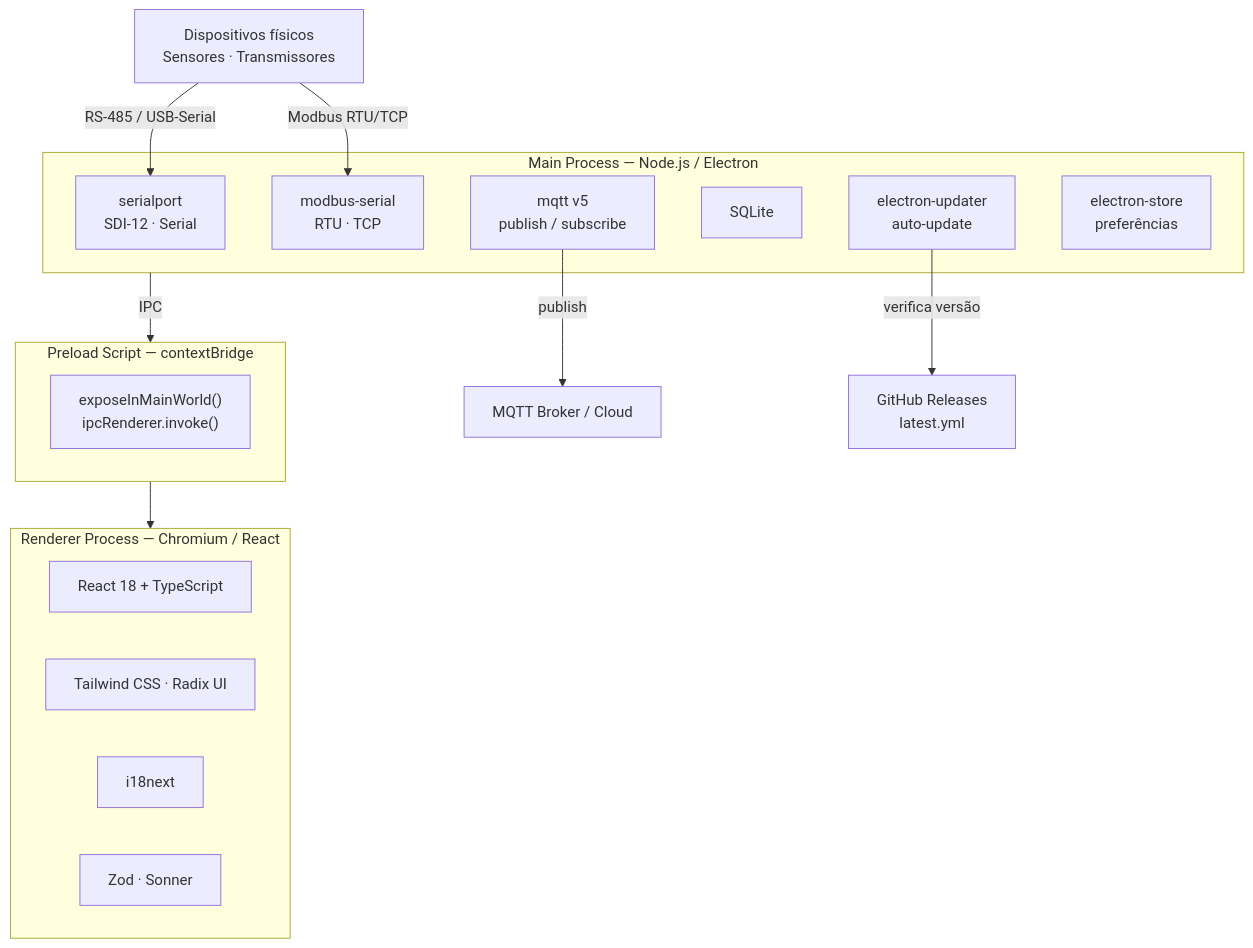
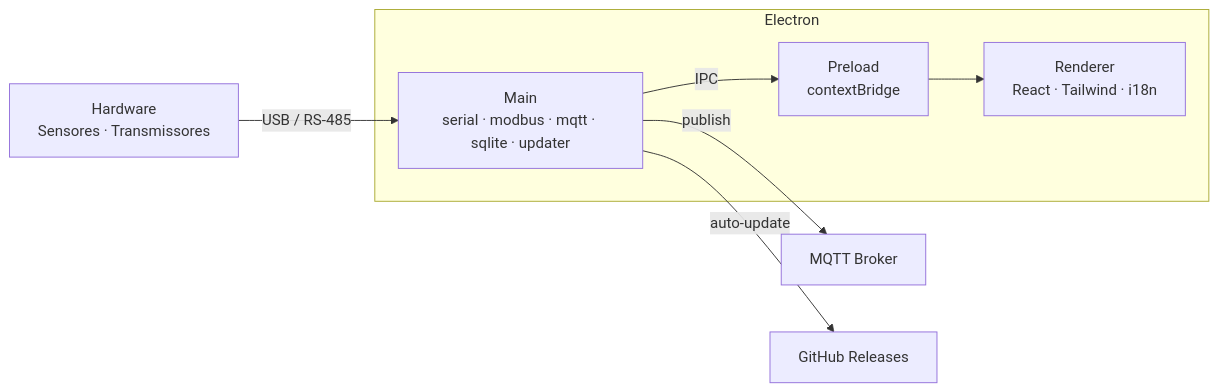
One commit to DhioneCastilhoBarbosa/suite-device-app changed the second of 3 diagrams in README.md. Above: the diagram before and after it, drawn with Mermaid. The commit also changed other lines of this file, not shown here.

````diff
--- a/README.md
+++ b/README.md
@@ -178,35 +143,18 @@
 ```mermaid
-graph TD
-    HW["Dispositivos físicos\nSensores · Transmissores"]
+graph LR
+    HW["Hardware<br/>Sensores · Transmissores"]
 
-    subgraph MAIN["Main Process — Node.js / Electron"]
-        SER["serialport\nSDI-12 · Serial"]
-        MOD["modbus-serial\nRTU · TCP"]
-        MQT["mqtt v5\npublish / subscribe"]
-        DB["SQLite"]
-        UPD["electron-updater\nauto-update"]
-        STR["electron-store\npreferências"]
+    subgraph Electron
+        M["Main<br/>serial · modbus · mqtt · sqlite · updater"]
+        P["Preload<br/>contextBridge"]
+        R["Renderer<br/>React · Tailwind · i18n"]
     end
 
-    subgraph PRELOAD["Preload Script — contextBridge"]
-        BRIDGE["exposeInMainWorld()\nipcRenderer.invoke()"]
-    end
+    CLOUD["MQTT Broker"]
+    GH["GitHub Releases"]
 
-    subgraph RENDERER["Renderer Process — Chromium / React"]
-        UI["React 18 + TypeScript"]
-        TW["Tailwind CSS · Radix UI"]
-        I18["i18next"]
-        ZOD["Zod · Sonner"]
-    end
-
-    CLOUD["MQTT Broker / Cloud"]
-    GH["GitHub Releases\nlatest.yml"]
-
-    HW -->|RS-485 / USB-Serial| SER
-    HW -->|Modbus RTU/TCP| MOD
-    MQT -->|publish| CLOUD
-    UPD -->|verifica versão| GH
-
-    MAIN -->|IPC| PRELOAD
-    PRELOAD --> RENDERER
+    HW -->|USB / RS-485| M
+    M -->|IPC| P --> R
+    M -->|publish| CLOUD
+    M -->|auto-update| GH
 ```
````
